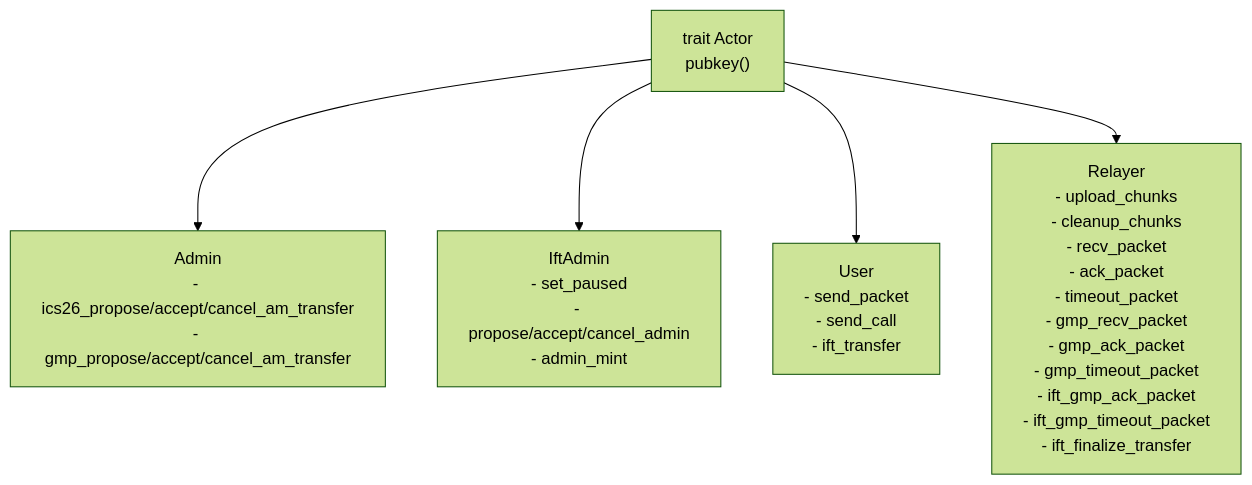
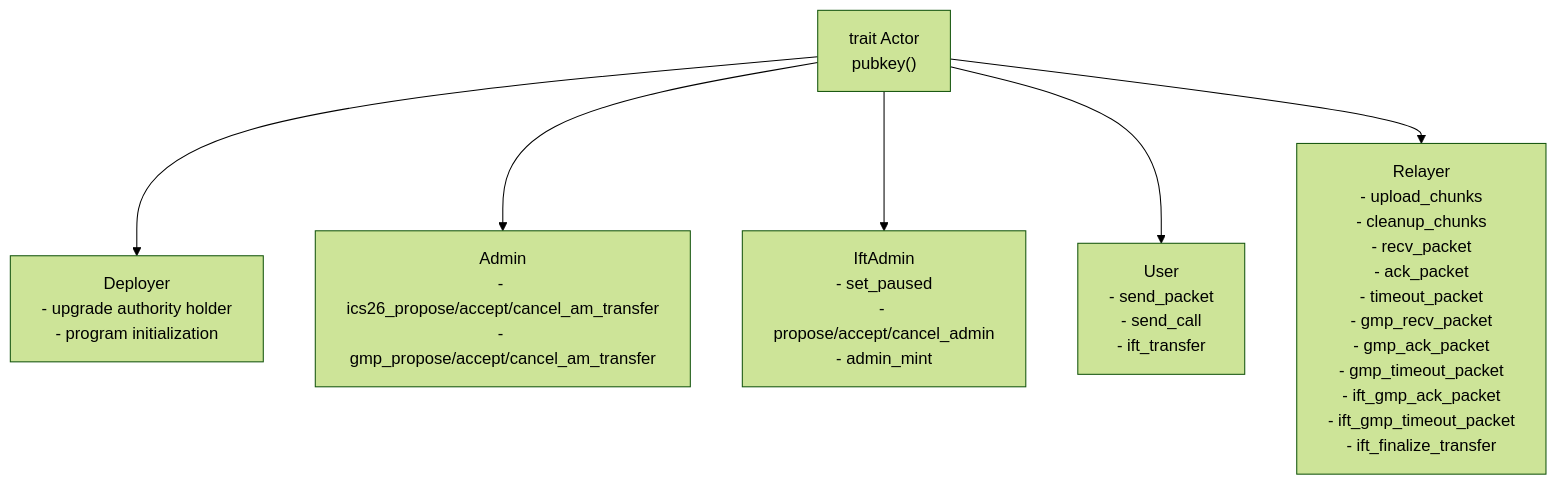
Before and after one commit to cosmos/solidity-ibc-eureka: the third of 8 diagrams in programs/solana/integration-tests/README.md, drawn with Mermaid (forest theme). The commit also changed other lines of this file and 46 other files, not shown here.

````diff
--- a/programs/solana/integration-tests/README.md
+++ b/programs/solana/integration-tests/README.md
@@ -109,13 +110,15 @@
 ```mermaid
 graph TB
     Actor["trait Actor\npubkey()"]
+    Deployer["Deployer\n- upgrade authority holder\n- program initialization"]
     Admin["Admin\n- ics26_propose/accept/cancel_am_transfer\n- gmp_propose/accept/cancel_am_transfer"]
     IftAdmin["IftAdmin\n- set_paused\n- propose/accept/cancel_admin\n- admin_mint"]
     User["User\n- send_packet\n- send_call\n- ift_transfer"]
     Relayer["Relayer\n- upload_chunks\n- cleanup_chunks\n- recv_packet\n- ack_packet\n- timeout_packet\n- gmp_recv_packet\n- gmp_ack_packet\n- gmp_timeout_packet\n- ift_gmp_ack_packet\n- ift_gmp_timeout_packet\n- ift_finalize_transfer"]
 
+    Actor --> Deployer
     Actor --> Admin
     Actor --> IftAdmin
     Actor --> User
     Actor --> Relayer
 ```
````
